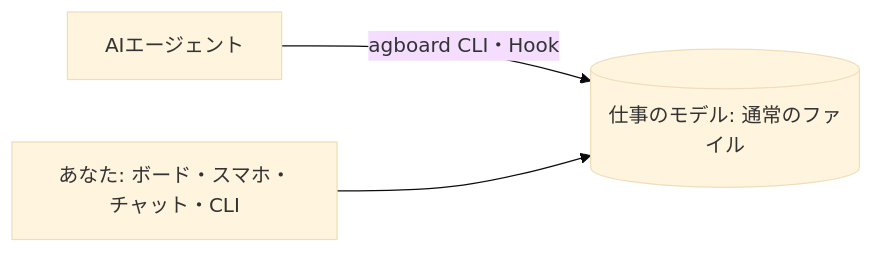
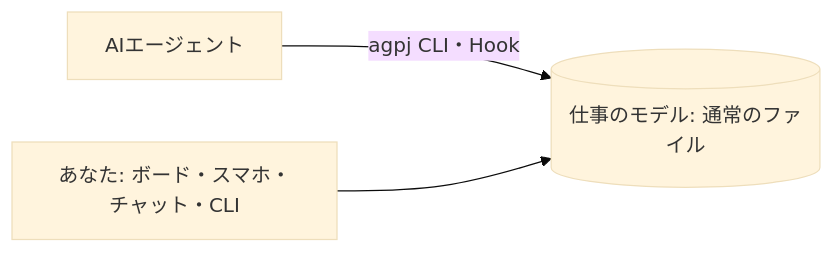
The diagram in README.ja.md (FooQoo/agent-project), drawn with Mermaid (base theme) before and after one commit. The commit also changed other lines of this file and 38 other files, not shown here.

````diff
--- a/README.ja.md
+++ b/README.ja.md
@@ -33,5 +33,5 @@
 ```mermaid
 flowchart LR
-    A["AIエージェント"] -- "agboard CLI・Hook" --> M[("仕事のモデル: 通常のファイル")]
+    A["AIエージェント"] -- "agpj CLI・Hook" --> M[("仕事のモデル: 通常のファイル")]
     U["あなた: ボード・スマホ・チャット・CLI"] --> M
 ```
````
